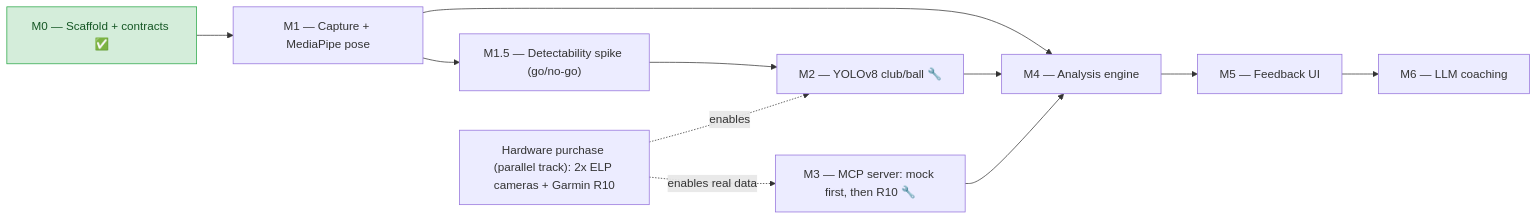
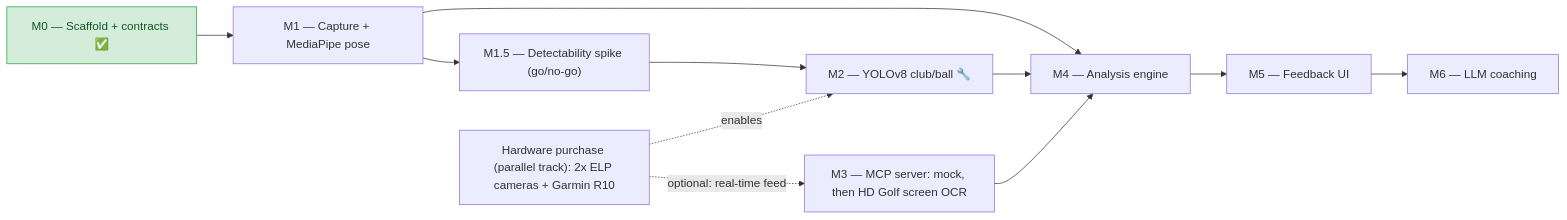
One commit to MildTreeRat/golf-coach changed the third of 4 diagrams in docs/FLOW.md. Above: the diagram before and after it, drawn with Mermaid. The commit also changed other lines of this file and 43 other files, not shown here.

````diff
--- a/docs/FLOW.md
+++ b/docs/FLOW.md
@@ -111,18 +120,18 @@
 ```mermaid
 flowchart LR
     M0["M0 — Scaffold + contracts ✅"] --> M1["M1 — Capture + MediaPipe pose"]
     M1 --> M15["M1.5 — Detectability spike (go/no-go)"]
     M15 --> M2["M2 — YOLOv8 club/ball 🔧"]
     M1 --> M4["M4 — Analysis engine"]
     M2 --> M4
-    M3["M3 — MCP server: mock first, then R10 🔧"] --> M4
+    M3["M3 — MCP server: mock, then HD Golf screen OCR"] --> M4
     M4 --> M5["M5 — Feedback UI"]
     M5 --> M6["M6 — LLM coaching"]
 
     HW["Hardware purchase (parallel track): 2x ELP cameras + Garmin R10"]
     HW -.->|enables| M2
-    HW -.->|enables real data| M3
+    HW -.->|optional: real-time feed| M3
 
     classDef built fill:#d4edda,stroke:#28a745,color:#155724;
     class M0 built;
 ```
````
